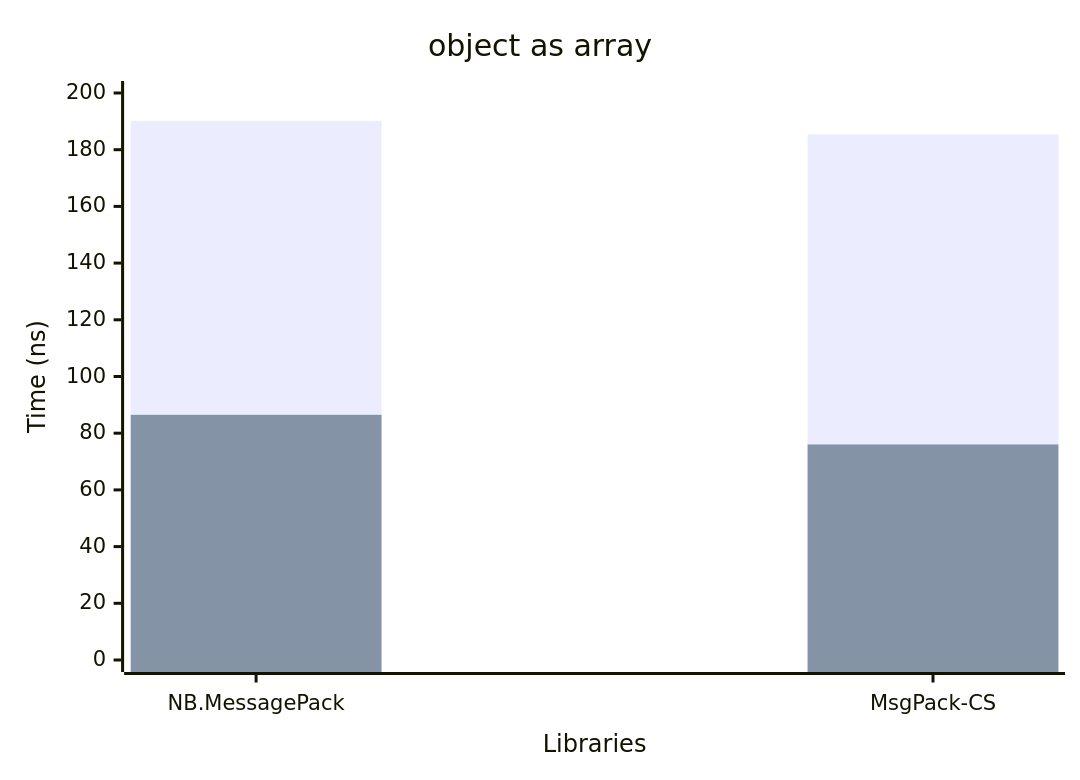
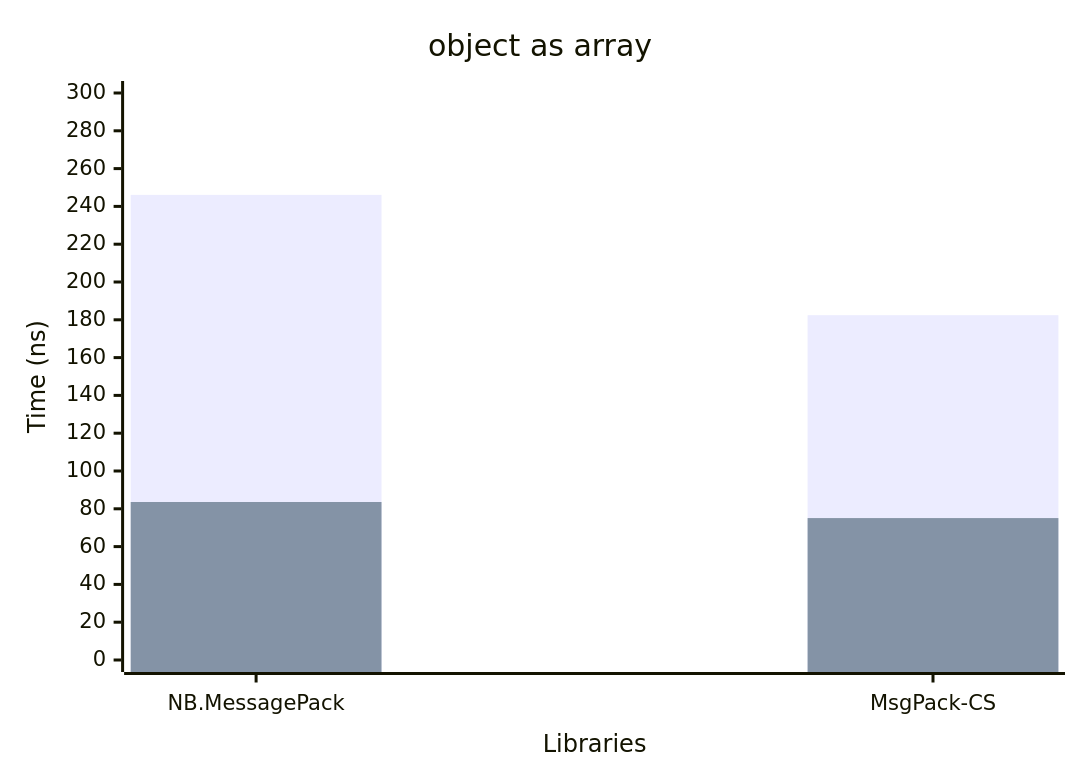
Before and after one commit to AArnott/Nerdbank.MessagePack: the third of 4 diagrams in docfx/docs/perf.md, drawn with Mermaid. The commit also changed other lines of this file and 12 other files, not shown here.

````diff
--- a/docfx/docs/perf.md
+++ b/docfx/docs/perf.md
@@ -44,8 +44,8 @@
  ```mermaid
 xychart-beta
      x-axis "Libraries" ["NB.MessagePack", "MsgPack-CS"]
-     y-axis "Time (ns)" 0 --> 200
+     y-axis "Time (ns)" 0 --> 300
      title "object as array"
-     bar "Serialize+Deserialize" [190.18,185.39]
-     bar "Serialize" [86.48,76.03]
+     bar "Serialize+Deserialize" [246.1,182.45]
+     bar "Serialize" [83.6,75.09]
  ```
````
